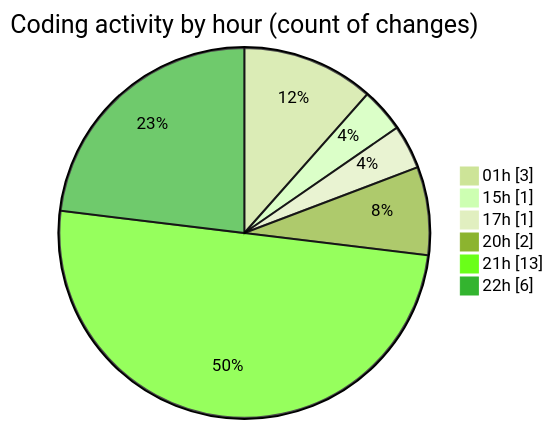
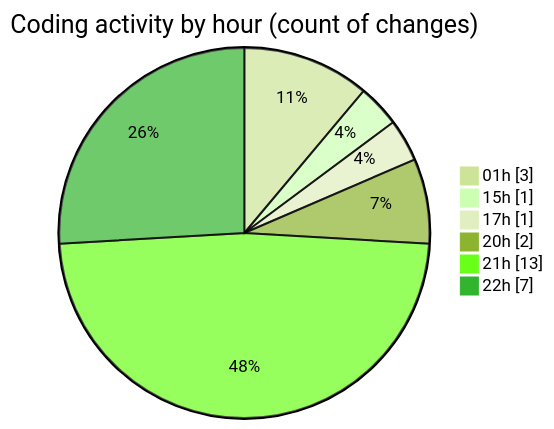
One commit to julien-gomy/code-tracking changed the second of 2 diagrams in 2025-11-24/eventscop-api-guide__workspace_/README.md. Above: the diagram before and after it, drawn with Mermaid (forest theme). The commit also changed other lines of this file and 1 other file, not shown here.

````diff
--- a/2025-11-24/eventscop-api-guide__workspace_/README.md
+++ b/2025-11-24/eventscop-api-guide__workspace_/README.md
@@ -33,10 +34,10 @@
 ```mermaid
 pie showData
 title Coding activity by hour (count of changes)
 "01h" : 3
 "15h" : 1
 "17h" : 1
 "20h" : 2
 "21h" : 13
-"22h" : 6
+"22h" : 7
 ```
````
